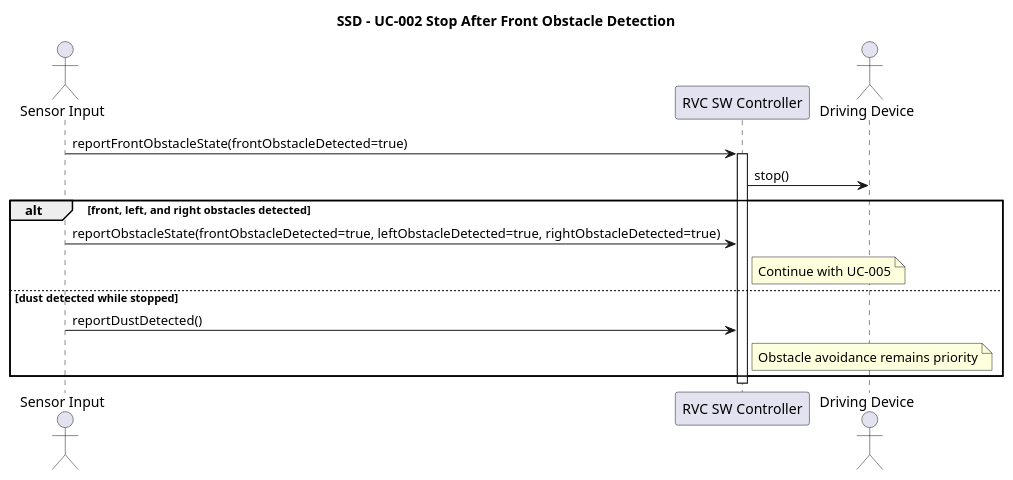
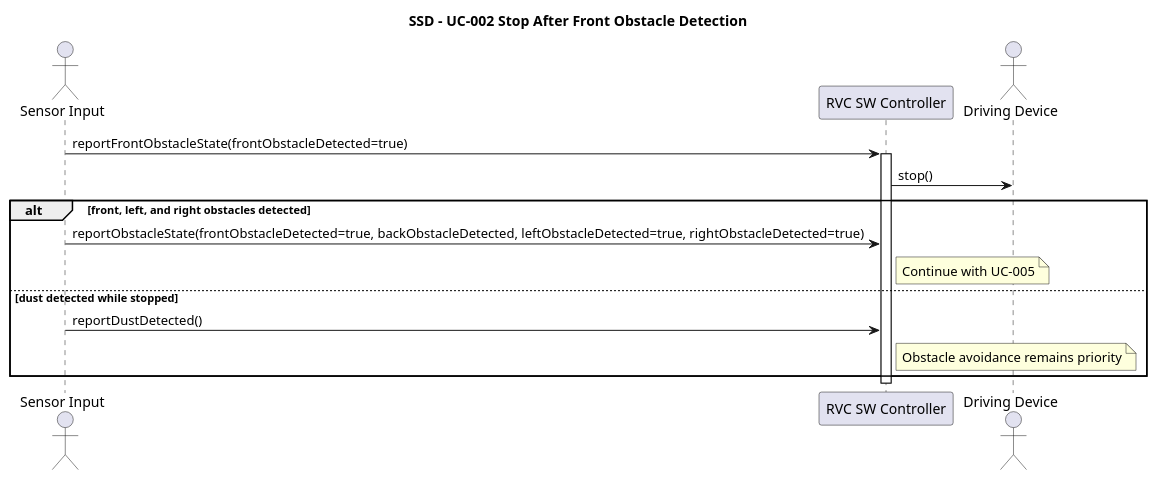
Before and after one commit to OOAD-Team3/Robot-Vacuum-Cleaner-AI: the diagram in docs/ssd/UC-002.puml, drawn with PlantUML. The commit also changed 9 other files, not shown here.

```diff
--- a/docs/ssd/UC-002.puml
+++ b/docs/ssd/UC-002.puml
@@ -1,20 +1,20 @@
 @startuml SSD_UC002_Stop_On_Front_Obstacle
 title SSD - UC-002 Stop After Front Obstacle Detection
 
 actor "Sensor Input" as Sensor
 participant "RVC SW Controller" as System
 actor "Driving Device" as Drive
 
 Sensor -> System: reportFrontObstacleState(frontObstacleDetected=true)
 activate System
 System -> Drive: stop()
 
 alt front, left, and right obstacles detected
-    Sensor -> System: reportObstacleState(frontObstacleDetected=true, leftObstacleDetected=true, rightObstacleDetected=true)
+    Sensor -> System: reportObstacleState(frontObstacleDetected=true, backObstacleDetected, leftObstacleDetected=true, rightObstacleDetected=true)
     note right of System: Continue with UC-005
 else dust detected while stopped
     Sensor -> System: reportDustDetected()
     note right of System: Obstacle avoidance remains priority
 end
 deactivate System
 @enduml
```
